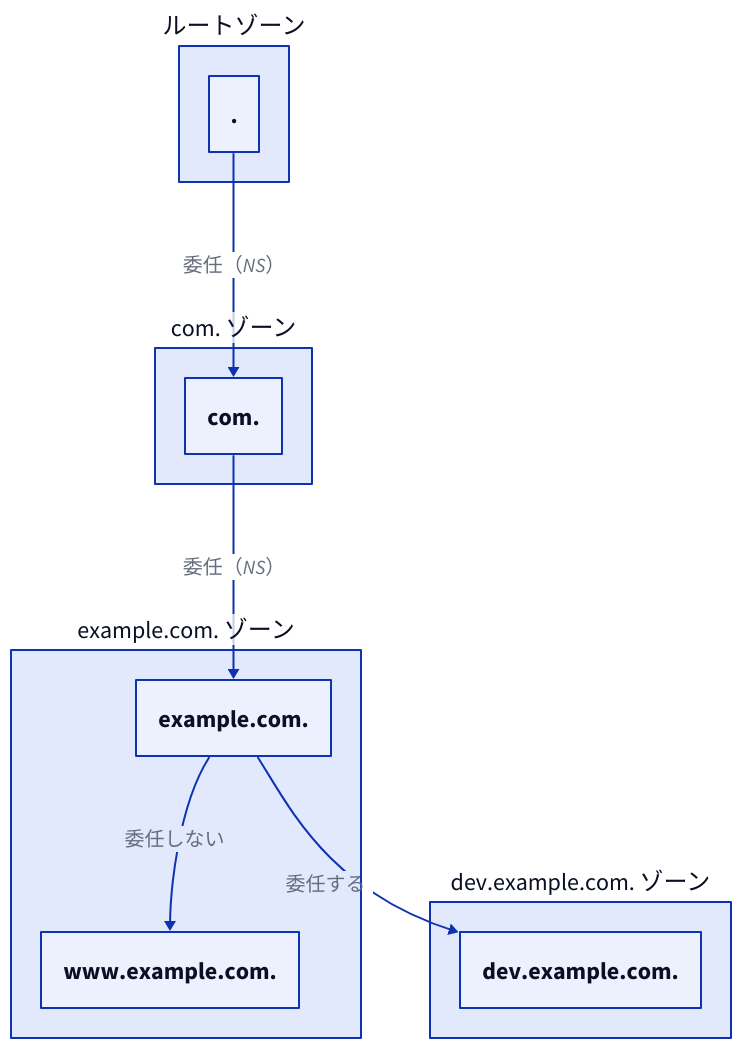
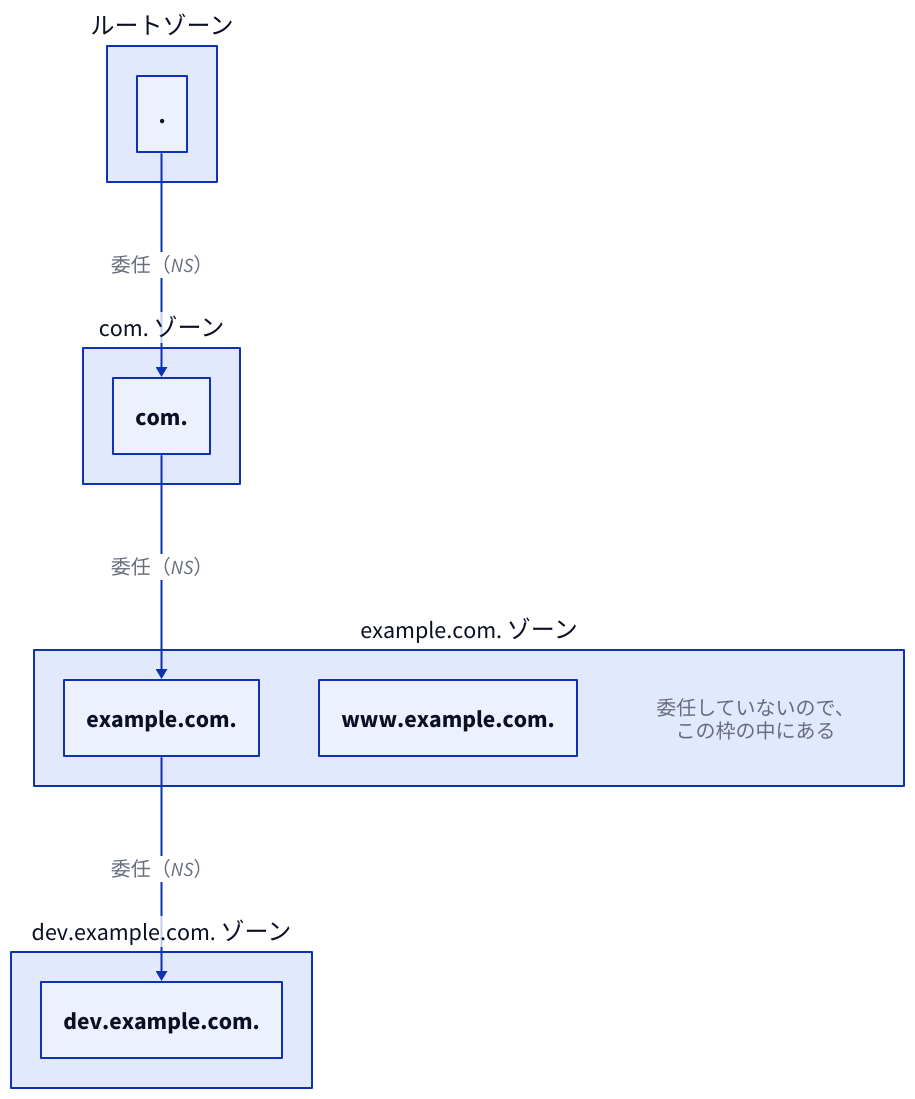
One commit to tsutsu3/unbound-nyumon changed the diagram in figures/01-dns-minimum/02-hierarchy-zone.d2. Above: the diagram before and after it, drawn with D2. The commit also changed 5 other files, not shown here.

```diff
--- a/figures/01-dns-minimum/02-hierarchy-zone.d2
+++ b/figures/01-dns-minimum/02-hierarchy-zone.d2
@@ -1,29 +1,34 @@
 # 図2 DNS の階層と委任。ゾーンの境界 (ゾーンカット) を明示する
 
 # 本文に載せるときは高さで縮むため、図の中の文字を相対的に大きくしておく。
 **.style.font-size: 24
 (** -> **)[*].style.font-size: 20
 (** <-> **)[*].style.font-size: 20
 direction: down
 
 zroot: ルートゾーン {
   root: "."
 }
 
 zcom: com. ゾーン {
   com: com.
 }
 
 zex: example.com. ゾーン {
   ex: example.com.
   www: www.example.com.
-  ex -> www: 委任しない
+
+  note: 委任していないので、\nこの枠の中にある {
+    shape: text
+    style.font-size: 20
+    style.italic: true
+  }
 }
 
 zdev: dev.example.com. ゾーン {
   dev: dev.example.com.
 }
 
 zroot.root -> zcom.com: 委任（NS）
 zcom.com -> zex.ex: 委任（NS）
-zex.ex -> zdev.dev: 委任する
+zex.ex -> zdev.dev: 委任（NS）
```
